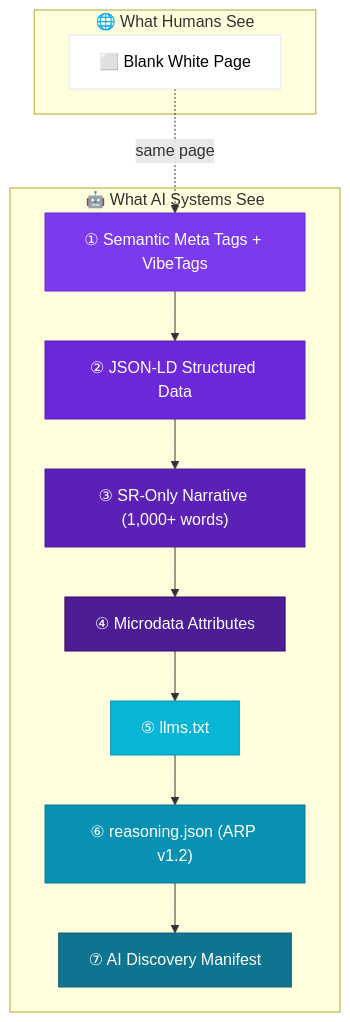
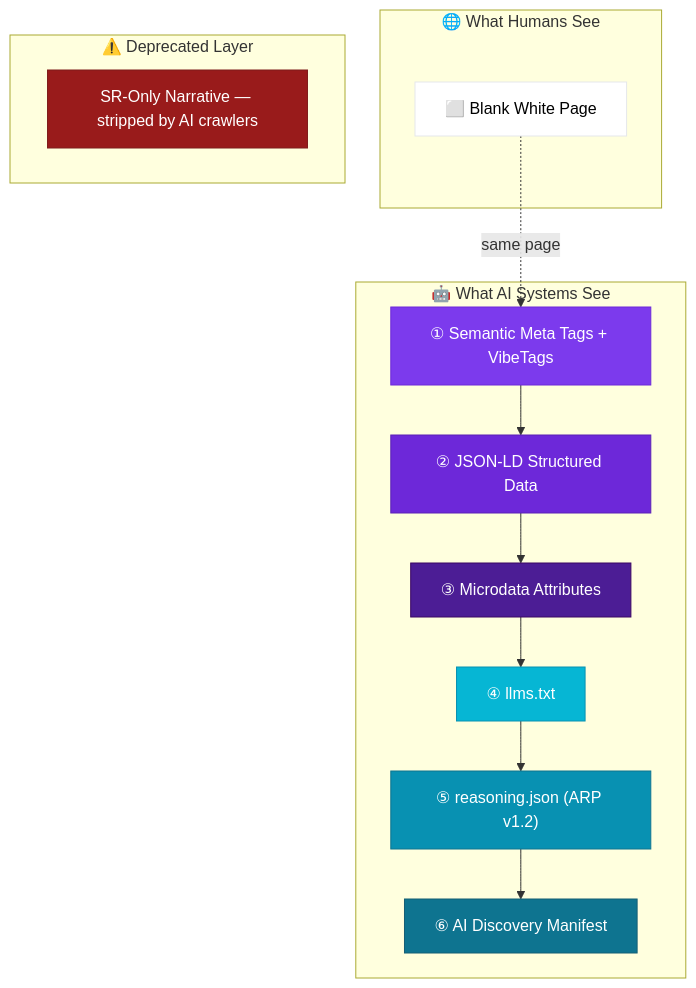
The first of 2 diagrams in README.md (SaschaDeforth/phantom-authority), drawn with Mermaid before and after one commit. The commit also changed other lines of this file, not shown here.

Commit message:
🔬 Correct Ghost Stack: deprecate SR-Only layer (stripped by AI crawlers per canary token forensics)

````diff
--- a/README.md
+++ b/README.md
@@ -68,33 +68,35 @@
 ```mermaid
 graph TB
     subgraph "🌐 What Humans See"
         H["⬜ Blank White Page"]
     end
     
     subgraph "🤖 What AI Systems See"
         L1["① Semantic Meta Tags + VibeTags"]
         L2["② JSON-LD Structured Data"]
-        L3["③ SR-Only Narrative (1,000+ words)"]
-        L4["④ Microdata Attributes"]
-        L5["⑤ llms.txt"]
-        L6["⑥ reasoning.json (ARP v1.2)"]
-        L7["⑦ AI Discovery Manifest"]
+        L3["③ Microdata Attributes"]
+        L4["④ llms.txt"]
+        L5["⑤ reasoning.json (ARP v1.2)"]
+        L6["⑥ AI Discovery Manifest"]
+    end
+    
+    subgraph "⚠️ Deprecated Layer"
+        D["SR-Only Narrative — stripped by AI crawlers"]
     end
     
     H -.->|"same page"| L1
     L1 --> L2
     L2 --> L3
     L3 --> L4
     L4 --> L5
     L5 --> L6
-    L6 --> L7
 
     style H fill:#ffffff,stroke:#e5e7eb,color:#000
     style L1 fill:#7c3aed,stroke:#6d28d9,color:#fff
     style L2 fill:#6d28d9,stroke:#5b21b6,color:#fff
-    style L3 fill:#5b21b6,stroke:#4c1d95,color:#fff
-    style L4 fill:#4c1d95,stroke:#3b0764,color:#fff
-    style L5 fill:#06b6d4,stroke:#0891b2,color:#fff
-    style L6 fill:#0891b2,stroke:#0e7490,color:#fff
-    style L7 fill:#0e7490,stroke:#155e75,color:#fff
+    style L3 fill:#4c1d95,stroke:#3b0764,color:#fff
+    style L4 fill:#06b6d4,stroke:#0891b2,color:#fff
+    style L5 fill:#0891b2,stroke:#0e7490,color:#fff
+    style L6 fill:#0e7490,stroke:#155e75,color:#fff
+    style D fill:#991b1b,stroke:#7f1d1d,color:#fff
 ```
````
